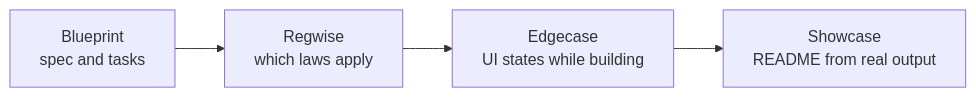
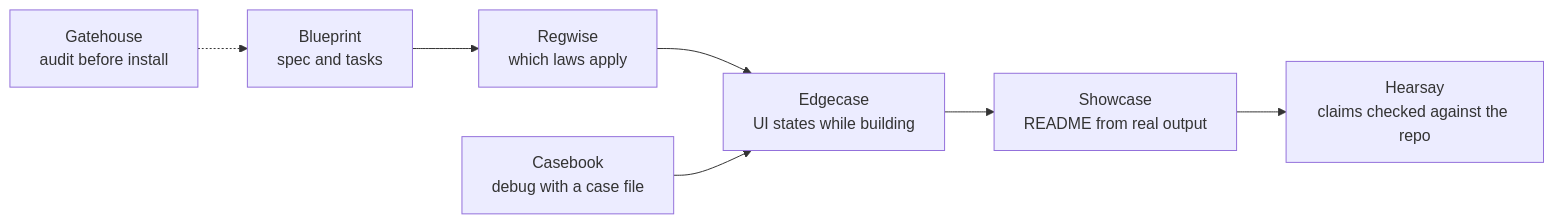
One commit to DahanItamar/SkillShelf changed the diagram in README.md. Above: the diagram before and after it, drawn with Mermaid. The commit also changed other lines of this file and 4 other files, not shown here.

````diff
--- a/README.md
+++ b/README.md
@@ -66,6 +72,9 @@
 ```mermaid
 flowchart LR
     B["Blueprint<br/>spec and tasks"] --> R["Regwise<br/>which laws apply"]
     R --> E["Edgecase<br/>UI states while building"]
     E --> S["Showcase<br/>README from real output"]
+    S --> H["Hearsay<br/>claims checked against the repo"]
+    C["Casebook<br/>debug with a case file"] --> E
+    G["Gatehouse<br/>audit before install"] -.-> B
 ```
````
